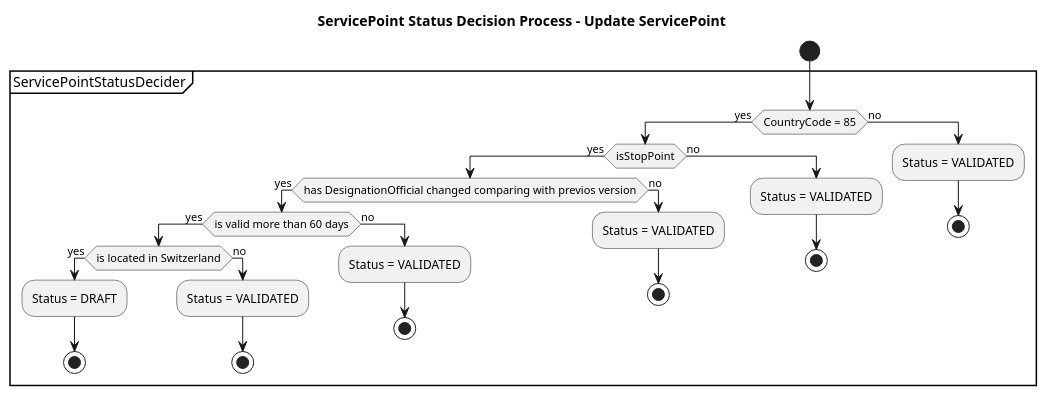
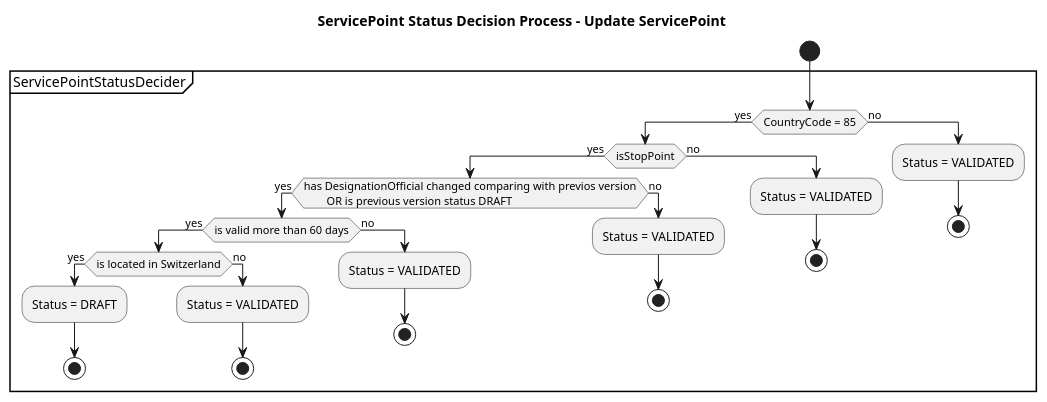
One commit to SchweizerischeBundesbahnen/atlas changed the diagram in service-point-directory/documentation/UpdateServicePointStatusDecision.puml. Above: the diagram before and after it, drawn with PlantUML. The commit also changed 2 other files, not shown here.

Commit message:
ATLAS-1593: Refactoring of ServicePoint Status implementation.

```diff
--- a/service-point-directory/documentation/UpdateServicePointStatusDecision.puml
+++ b/service-point-directory/documentation/UpdateServicePointStatusDecision.puml
@@ -1,38 +1,39 @@
 @startuml
 
 title ServicePoint Status Decision Process - Update ServicePoint
 
 start
 
 partition "ServicePointStatusDecider"{
     if (CountryCode = 85) then (yes)
       if (isStopPoint) then (yes)
-        if (has DesignationOfficial changed comparing with previos version) then (yes)
+        if (has DesignationOfficial changed comparing with previos version
+        OR is previous version status DRAFT) then (yes)
             if (is valid more than 60 days) then (yes)
                 if (is located in Switzerland) then (yes)
                     :Status = DRAFT;
                     stop
                 else(no)
                     :Status = VALIDATED;
                     stop
                 endif
             else(no)
                 :Status = VALIDATED;
                 stop
             endif
         else(no)
             :Status = VALIDATED;
             stop
         endif
       else (no)
         :Status = VALIDATED;
         stop
       endif
 
     else (no)
       :Status = VALIDATED;
       stop
     endif
 }
 
 @enduml
```
